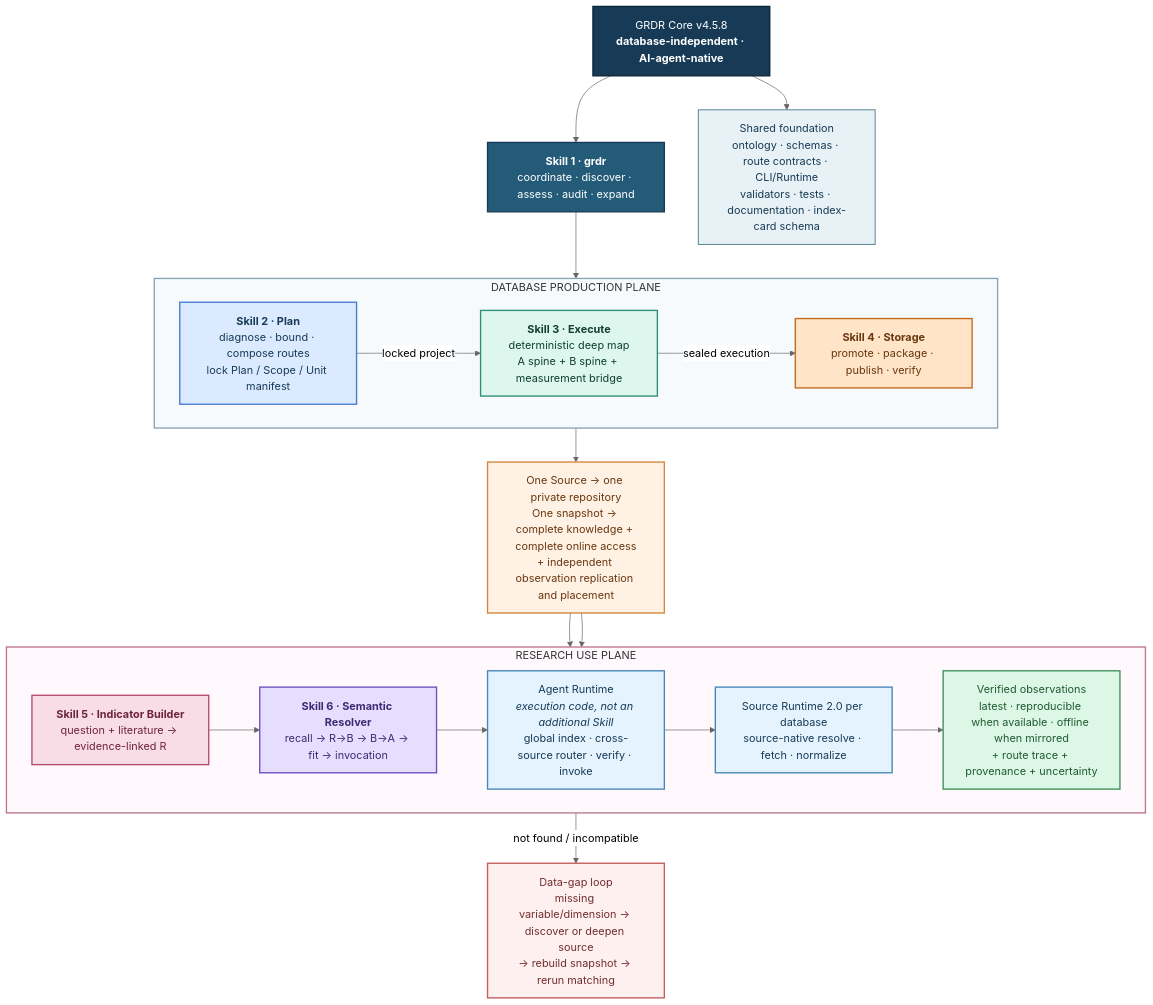
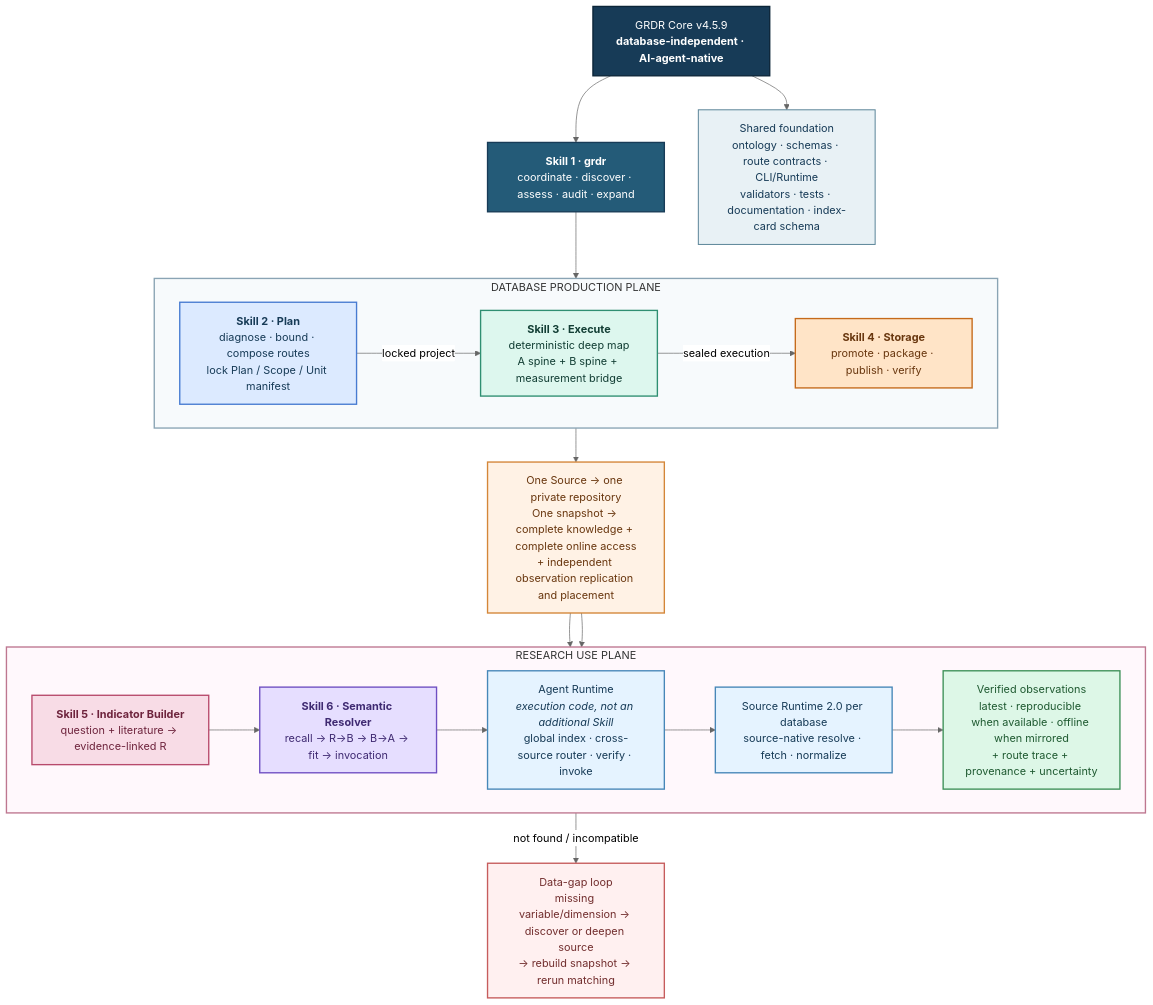
Before and after one commit to yangyuezh/grdr-core-version-archive: the first of 5 diagrams in README.md, drawn with Mermaid (neutral theme). The commit also changed other lines of this file and 13 other files, not shown here.

Commit message:
release: GRDR Core v4.5.9

````diff
--- a/README.md
+++ b/README.md
@@ -30,51 +30,51 @@
 ```mermaid
 flowchart TB
-    CORE["GRDR Core v4.5.8<br/><b>database-independent · AI-agent-native</b>"]:::core
+    CORE["GRDR Core v4.5.9<br/><b>database-independent · AI-agent-native</b>"]:::core
     COORD["<b>Skill 1 · grdr</b><br/>coordinate · discover · assess · audit · expand"]:::coreSkill
     SHARED["Shared foundation<br/>ontology · schemas · route contracts · CLI/Runtime<br/>validators · tests · documentation · index-card schema"]:::shared
 
     subgraph PROD["DATABASE PRODUCTION PLANE"]
         direction LR
         PLAN_OV["<b>Skill 2 · Plan</b><br/>diagnose · bound · compose routes<br/>lock Plan / Scope / Unit manifest"]:::plan
         EXEC_OV["<b>Skill 3 · Execute</b><br/>deterministic deep map<br/>A spine + B spine + measurement bridge"]:::execute
         STORE_OV["<b>Skill 4 · Storage</b><br/>promote · package · publish · verify"]:::storage
         PLAN_OV -->|"locked project"| EXEC_OV -->|"sealed execution"| STORE_OV
     end
 
     SNAP["One Source → one private repository<br/>One snapshot → complete knowledge + complete online access<br/>+ independent observation replication and placement"]:::artifact
 
     subgraph USE["RESEARCH USE PLANE"]
         direction LR
         BUILD_OV["<b>Skill 5 · Indicator Builder</b><br/>question + literature → evidence-linked R"]:::research
         SEM_OV["<b>Skill 6 · Semantic Resolver</b><br/>recall → R→B → B→A → fit → invocation"]:::semantic
         RUN_OV["Agent Runtime<br/><i>execution code, not an additional Skill</i><br/>global index · cross-source router · verify · invoke"]:::runtime
         SOURCE_RUN_OV["Source Runtime 2.0 per database<br/>source-native resolve · fetch · normalize"]:::runtime
         OUT_OV["Verified observations<br/>latest · reproducible when available · offline when mirrored<br/>+ route trace + provenance + uncertainty"]:::result
         BUILD_OV --> SEM_OV --> RUN_OV --> SOURCE_RUN_OV --> OUT_OV
     end
 
     GAP_OV["Data-gap loop<br/>missing variable/dimension → discover or deepen source<br/>→ rebuild snapshot → rerun matching"]:::gap
 
     CORE --> COORD
     CORE --> SHARED
     COORD --> PLAN_OV
     STORE_OV --> SNAP
     SNAP --> SEM_OV
     SNAP --> RUN_OV
     SEM_OV -->|"not found / incompatible"| GAP_OV
 
     classDef core fill:#173B57,stroke:#0B2538,color:#FFFFFF,stroke-width:2px;
     classDef coreSkill fill:#245B78,stroke:#173B57,color:#FFFFFF,stroke-width:2px;
     classDef shared fill:#E8F1F5,stroke:#5E879A,color:#173B57,stroke-width:1.5px;
     classDef plan fill:#DCEAFF,stroke:#477BD1,color:#173B57,stroke-width:2px;
     classDef execute fill:#DDF7EE,stroke:#2F8F72,color:#123E34,stroke-width:2px;
     classDef storage fill:#FFE4C7,stroke:#C56A1B,color:#69370F,stroke-width:2px;
     classDef artifact fill:#FFF2E5,stroke:#D48638,color:#69370F,stroke-width:2px;
     classDef research fill:#F8DCE6,stroke:#B84A6C,color:#6E243D,stroke-width:2px;
     classDef semantic fill:#E6DEFF,stroke:#6F4FC2,color:#3F2A72,stroke-width:2px;
     classDef runtime fill:#E5F3FF,stroke:#4787B8,color:#173B57,stroke-width:2px;
     classDef result fill:#DDF7E7,stroke:#3D9158,color:#1F5A31,stroke-width:2px;
     classDef gap fill:#FFF0F0,stroke:#C65C5C,color:#722E2E,stroke-width:2px;
     style PROD fill:#F7FAFC,stroke:#8AA4B4,stroke-width:2px
     style USE fill:#FFF8FC,stroke:#BE7790,stroke-width:2px
 ```
````
